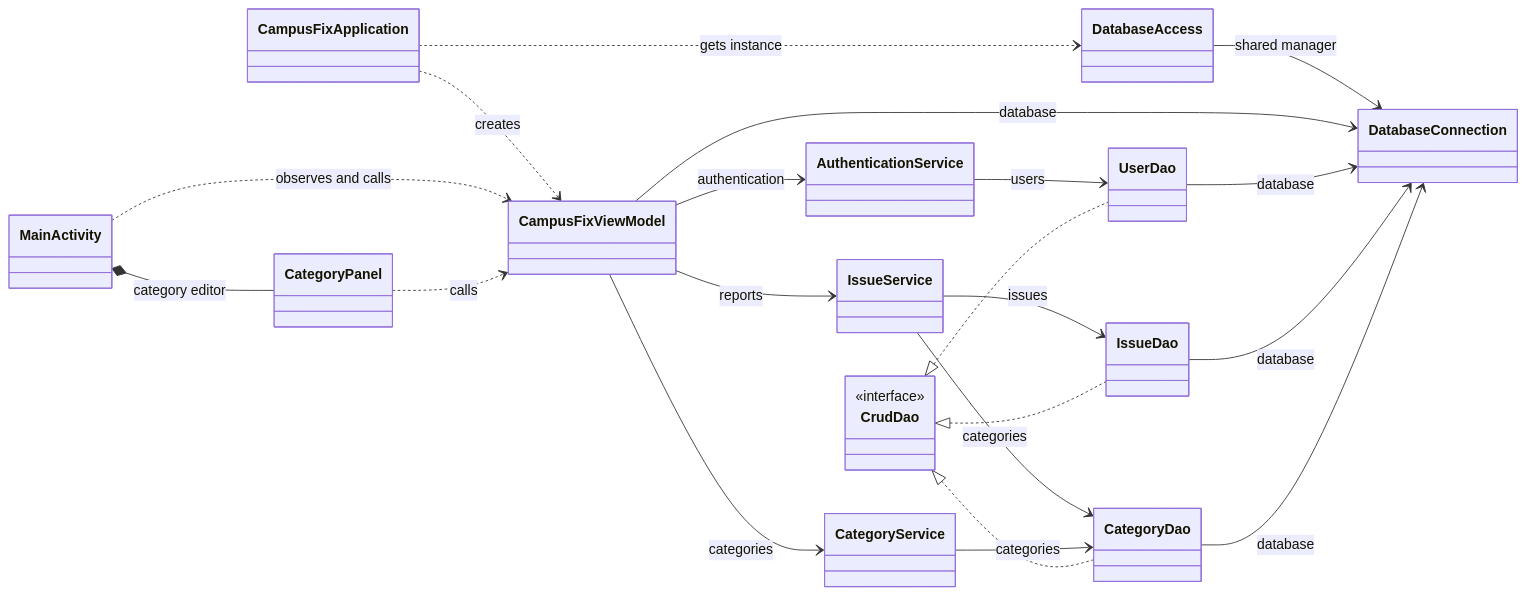
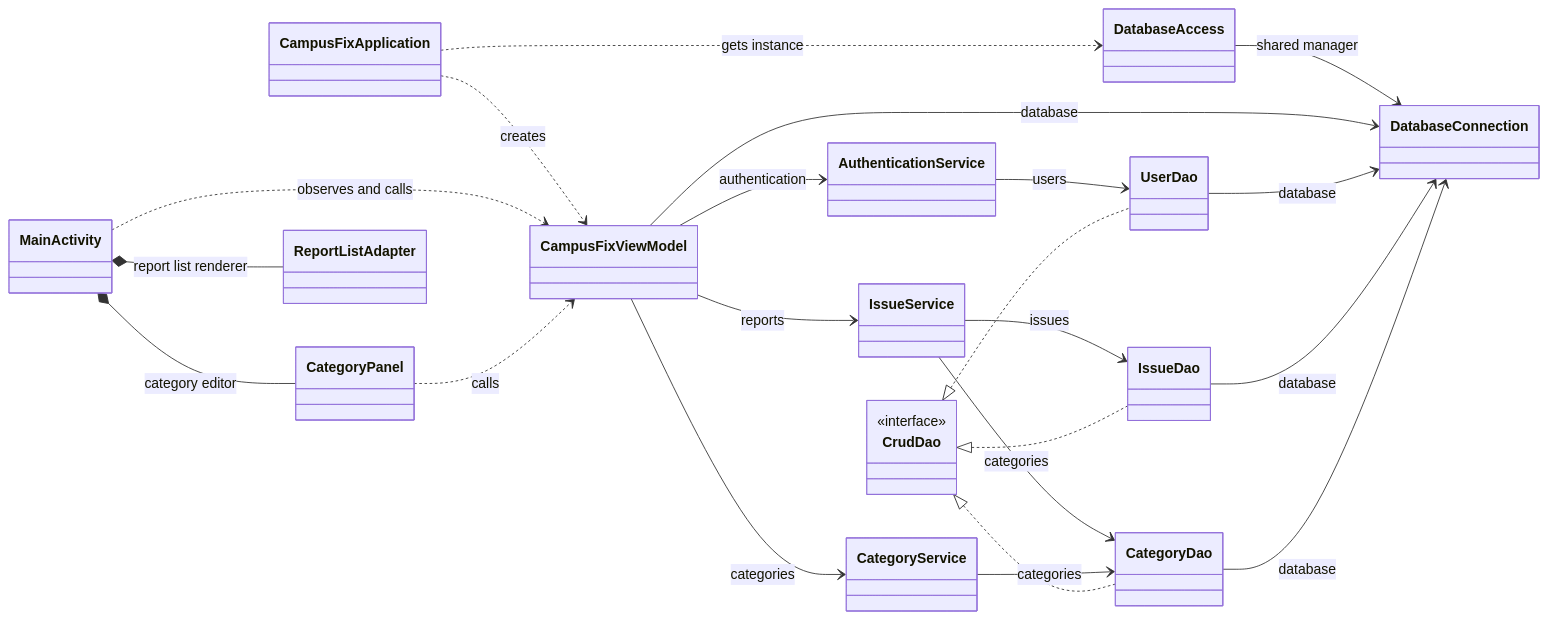
Before and after one commit to dfernq/inso-2026-2027-campus-fix: the diagram in docs/android.md, drawn with Mermaid. The commit also changed other lines of this file and 2 other files, not shown here.

Commit message:
android: implement adapter pattern

````diff
--- a/docs/android.md
+++ b/docs/android.md
@@ -94,27 +106,28 @@
 ```mermaid
 classDiagram
     direction LR
     class CrudDao {
         <<interface>>
     }
     CampusFixApplication ..> CampusFixViewModel : creates
     CampusFixApplication ..> DatabaseAccess : gets instance
     DatabaseAccess --> DatabaseConnection : shared manager
     MainActivity ..> CampusFixViewModel : observes and calls
     MainActivity *-- CategoryPanel : category editor
+    MainActivity *-- ReportListAdapter : report list renderer
     CategoryPanel ..> CampusFixViewModel : calls
     CampusFixViewModel --> DatabaseConnection : database
     CampusFixViewModel --> AuthenticationService : authentication
     CampusFixViewModel --> IssueService : reports
     CampusFixViewModel --> CategoryService : categories
     AuthenticationService --> UserDao : users
     IssueService --> IssueDao : issues
     IssueService --> CategoryDao : categories
     CategoryService --> CategoryDao : categories
     UserDao --> DatabaseConnection : database
     IssueDao --> DatabaseConnection : database
     CategoryDao --> DatabaseConnection : database
     CrudDao <|.. UserDao
     CrudDao <|.. IssueDao
     CrudDao <|.. CategoryDao
 ```
````
